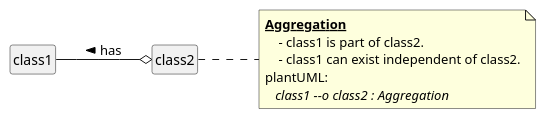
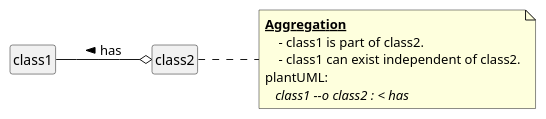
Diagram 17 of 33 in uml_markdown_summary.md (chraxo/UmlMarkdownCheatSheet), drawn with PlantUML before and after one commit. The commit also changed other lines of this file, not shown here.

```diff
--- a/uml_markdown_summary.md
+++ b/uml_markdown_summary.md
@@ -337,19 +461,19 @@
 @startuml
     skinparam classFontName Consolas
     skinparam classAttributeFontName Consolas
     skinparam noteFontName Consolas
 
     hide empty members
     left to right direction
     skinparam style strictuml
     
     class1 --o class2 : < has
 
     note right
         **__Aggregation__**
             - class1 is part of class2.
             - class1 can exist independent of class2.
         plantUML:
-           //class1 --o class2 : Aggregation//
+           //class1 --o class2 : < has//
     end note
 @enduml
```
